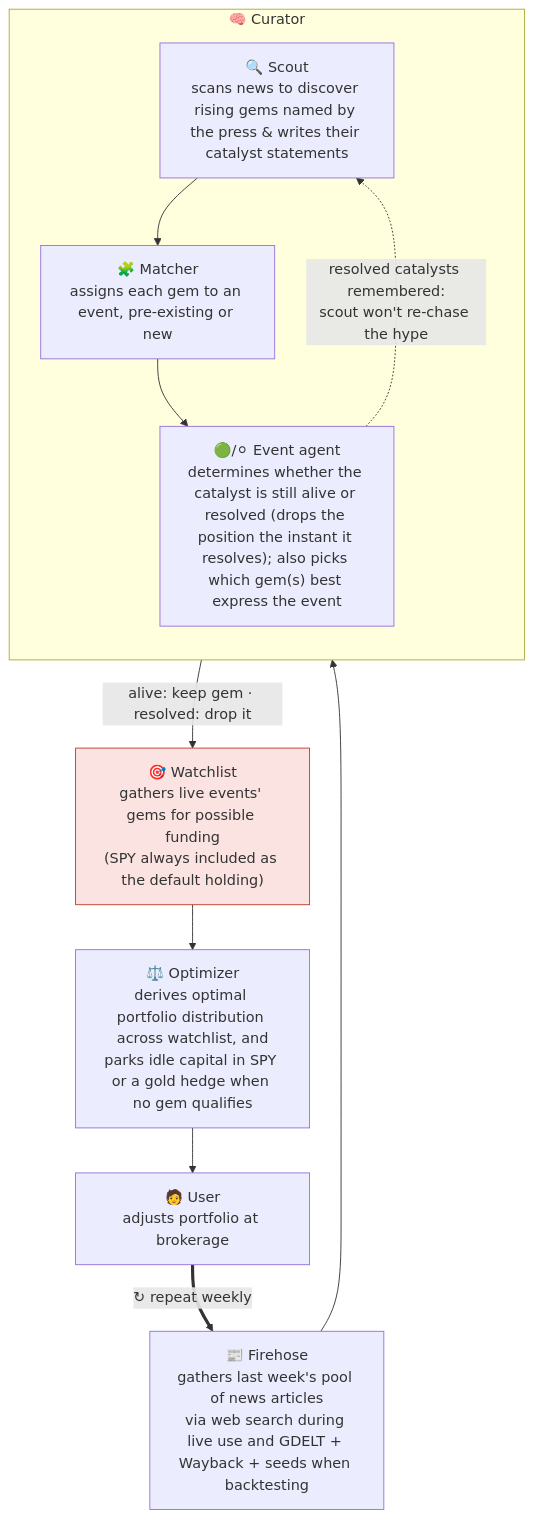
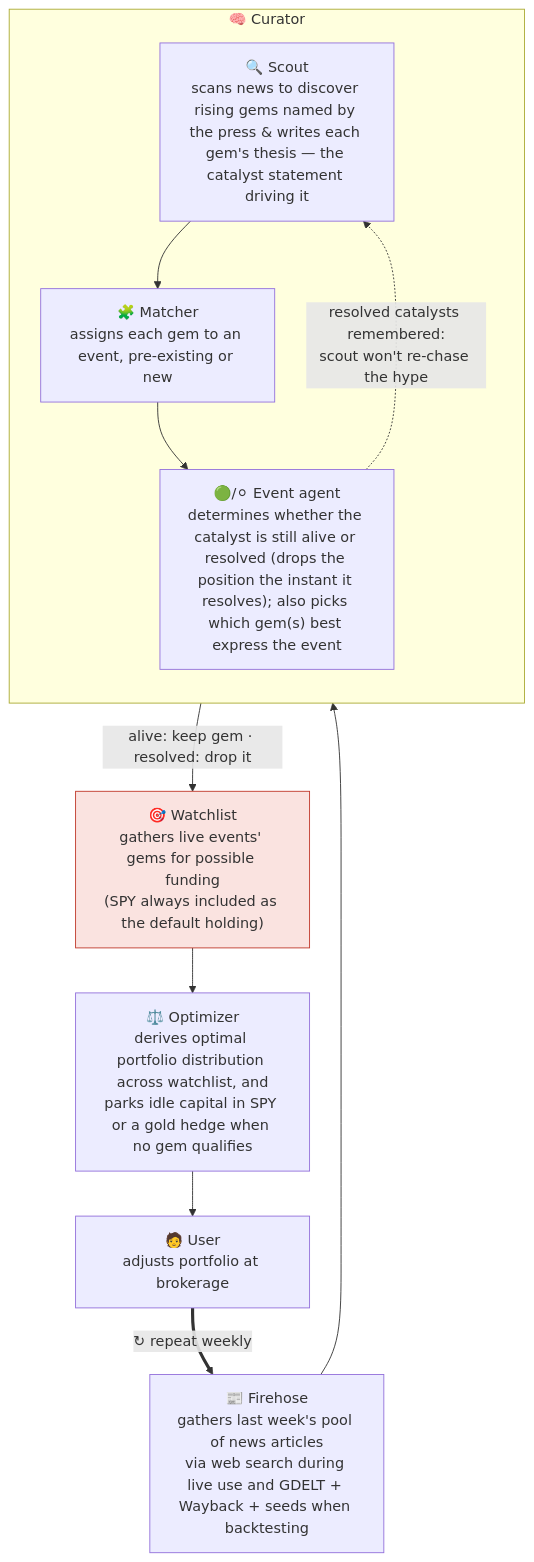
One commit to joehahn/geo-herd-rider changed the first of 2 diagrams in README.md. Above: the diagram before and after it, drawn with Mermaid.

Commit message:
README diagram: scout box notes it writes each gem's thesis (the catalyst statement)

````diff
--- a/README.md
+++ b/README.md
@@ -18,25 +18,25 @@
 ```mermaid
 flowchart TD
     S["📰 Firehose<br/>gathers last week's pool of news articles<br/>via web search during live use and GDELT + Wayback + seeds when backtesting"]
 
     subgraph CUR["🧠 Curator"]
       direction TB
-      SC["🔍 Scout<br/>scans news to discover rising gems named by the press & writes their catalyst statements"]
+      SC["🔍 Scout<br/>scans news to discover rising gems named by the press & writes each gem's thesis — the catalyst statement driving it"]
       MA["🧩 Matcher<br/>assigns each gem to an event, pre-existing or new"]
       AG["🟢/⚪ Event agent<br/>determines whether the catalyst is still alive or resolved (drops the position the instant it resolves); also picks which gem(s) best express the event"]
       SC --> MA --> AG
     end
 
     E["🎯 Watchlist<br/>gathers live events' gems for possible funding<br/>(SPY always included as the default holding)"]
     W["⚖️ Optimizer<br/>derives optimal portfolio distribution across watchlist, and<br/>parks idle capital in SPY or a gold hedge when no gem qualifies"]
     U["🧑 User<br/>adjusts portfolio at brokerage"]
 
     S --> SC
     AG -- "alive: keep gem · resolved: drop it" --> E
     AG -. "resolved catalysts remembered:<br/>scout won't re-chase the hype" .-> SC
     E --> W --> U
     U == "↻ repeat weekly" ==> S
 
     classDef bet fill:#fae3e0,stroke:#c0392b;
     class E bet
 ```
````
